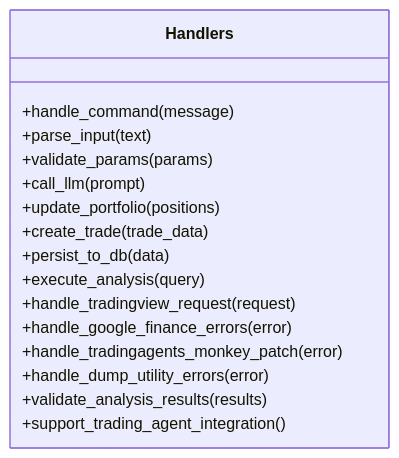
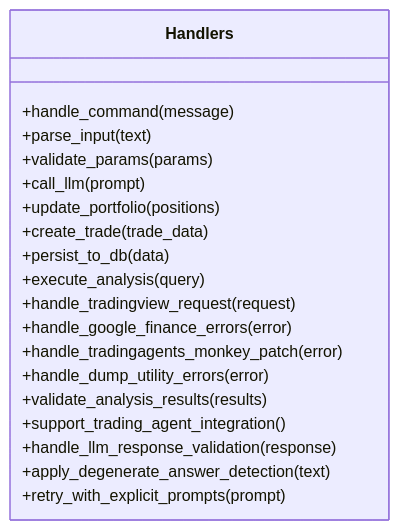
One commit to ZengSeng/telegram-bot changed the fourth of 13 diagrams in .qoder/repowiki/en/content/Core Components/Analysis Framework.md. Above: the diagram before and after it, drawn with Mermaid. The commit also changed other lines of this file and 15 other files, not shown here.

````diff
--- a/.qoder/repowiki/en/content/Core Components/Analysis Framework.md
+++ b/.qoder/repowiki/en/content/Core Components/Analysis Framework.md
@@ -283,19 +292,22 @@
 ```mermaid
 classDiagram
 class Handlers {
 +handle_command(message)
 +parse_input(text)
 +validate_params(params)
 +call_llm(prompt)
 +update_portfolio(positions)
 +create_trade(trade_data)
 +persist_to_db(data)
 +execute_analysis(query)
 +handle_tradingview_request(request)
 +handle_google_finance_errors(error)
 +handle_tradingagents_monkey_patch(error)
 +handle_dump_utility_errors(error)
 +validate_analysis_results(results)
 +support_trading_agent_integration()
++handle_llm_response_validation(response)
++apply_degenerate_answer_detection(text)
++retry_with_explicit_prompts(prompt)
 }
 ```
````
